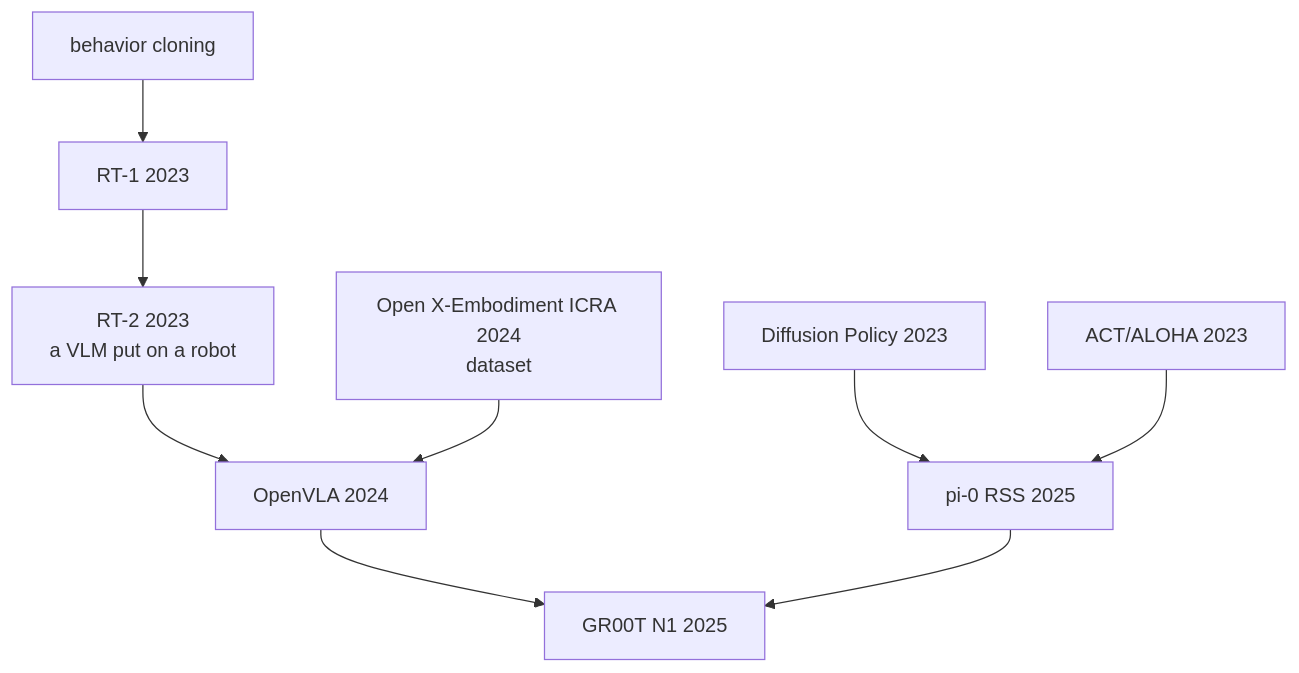
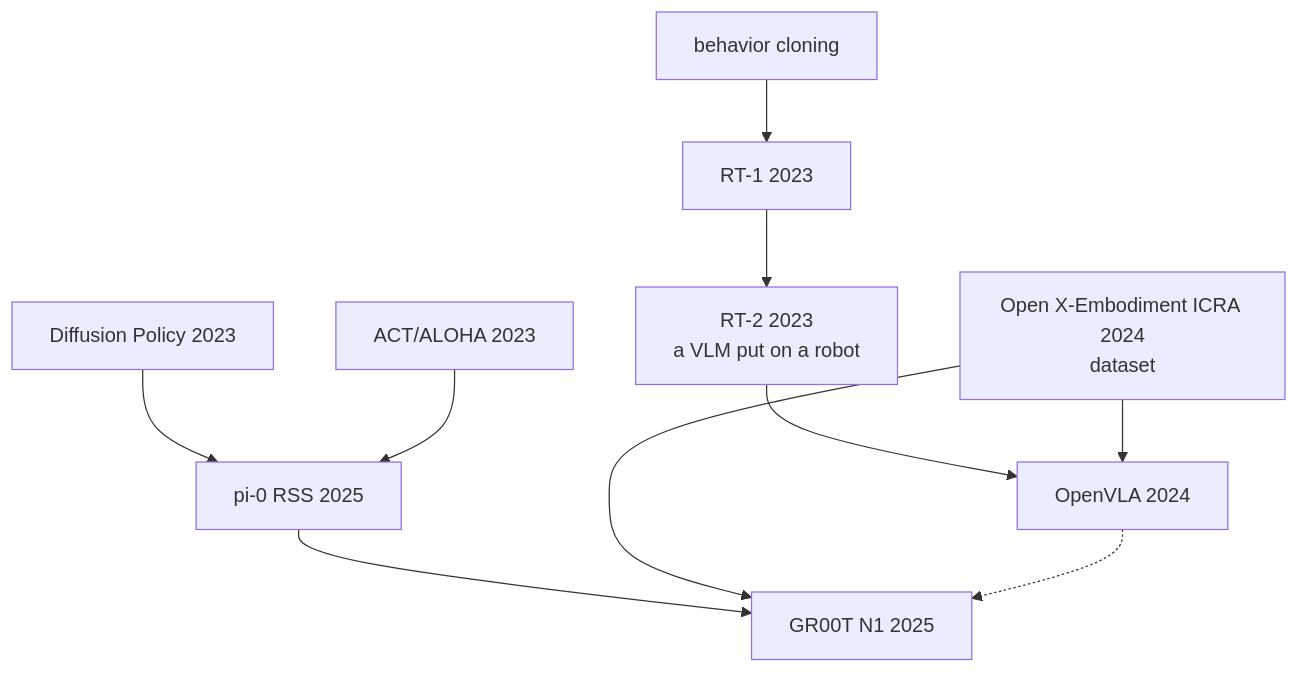
The fifth of 12 diagrams in content/03-deep-learning/lineage.md (jiseop-byeon/phd-wiki), drawn with Mermaid before and after one commit. The commit also changed other lines of this file, not shown here.

````diff
--- a/content/03-deep-learning/lineage.md
+++ b/content/03-deep-learning/lineage.md
@@ -88,11 +88,12 @@
 ```mermaid
 graph TD
     BCE["behavior cloning"] --> RT1E["RT-1 2023"]
     RT1E --> RT2E["RT-2 2023<br/>a VLM put on a robot"]
     DPE["Diffusion Policy 2023"] --> Pi0E2["pi-0 RSS 2025"]
     ACTE["ACT/ALOHA 2023"] --> Pi0E2
     RT2E --> OpenVLAE["OpenVLA 2024"]
     OXEE["Open X-Embodiment ICRA 2024<br/>dataset"] --> OpenVLAE
-    OpenVLAE --> GR00TE["GR00T N1 2025"]
-    Pi0E2 --> GR00TE
+    Pi0E2 --> GR00TE["GR00T N1 2025"]
+    OXEE --> GR00TE
+    OpenVLAE -.-> GR00TE
 ```
````
